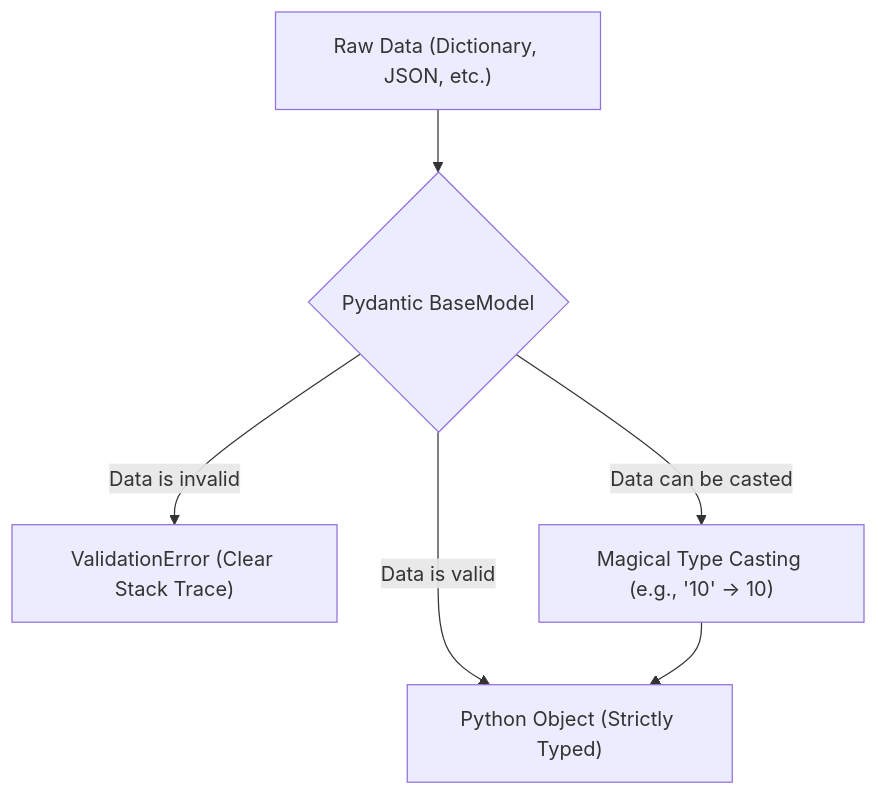
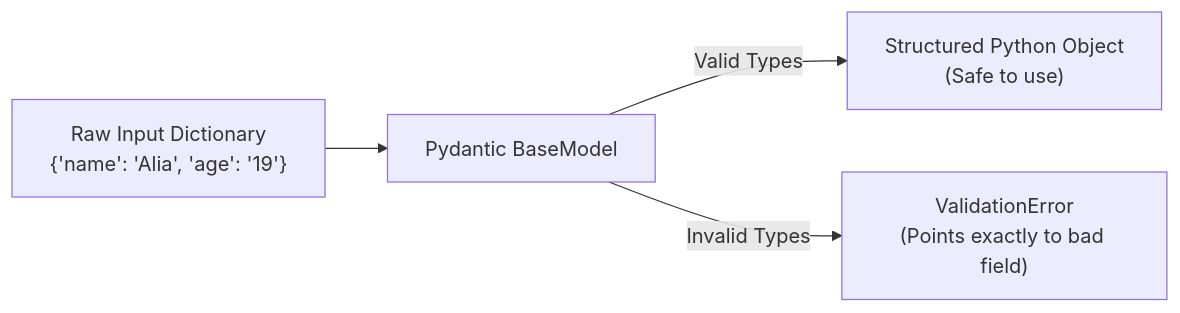
The diagram in pydantic_learning/module_1/README.md (d-hackmt/pydantic-ai-crash-course), drawn with Mermaid before and after one commit. The commit also changed other lines of this file and 19 other files, not shown here.

````diff
--- a/pydantic_learning/module_1/README.md
+++ b/pydantic_learning/module_1/README.md
@@ -7,8 +12,7 @@
 ```mermaid
-flowchart TD
-    RawData["Raw Data (Dictionary, JSON, etc.)"] --> PydanticModel{"Pydantic BaseModel"}
+flowchart LR
+    RawData["Raw Input Dictionary\n{'name': 'Alia', 'age': '19'}"] --> BaseModel["Pydantic BaseModel"]
     
-    PydanticModel -- Data is valid --> ValidatedObject["Python Object (Strictly Typed)"]
-    PydanticModel -- Data is invalid --> Error["ValidationError (Clear Stack Trace)"]
-    PydanticModel -- Data can be casted --> Conversion["Magical Type Casting (e.g., '10' -> 10)"] --> ValidatedObject
+    BaseModel -->|Valid Types| ValidObject["Structured Python Object\n(Safe to use)"]
+    BaseModel -->|Invalid Types| Error["ValidationError\n(Points exactly to bad field)"]
 ```
````
